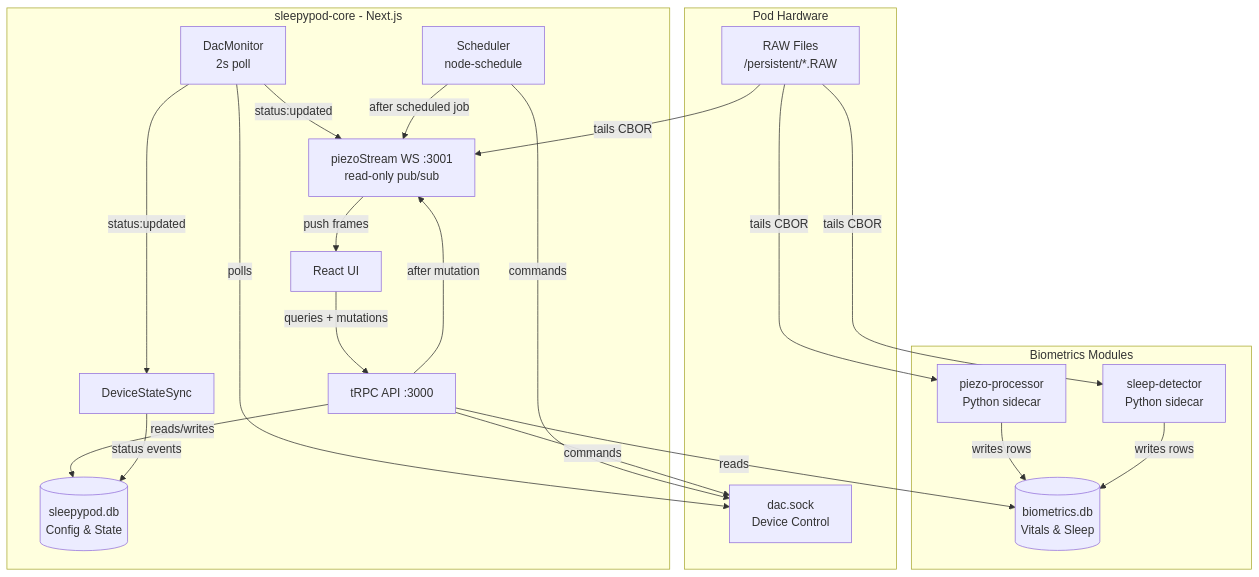
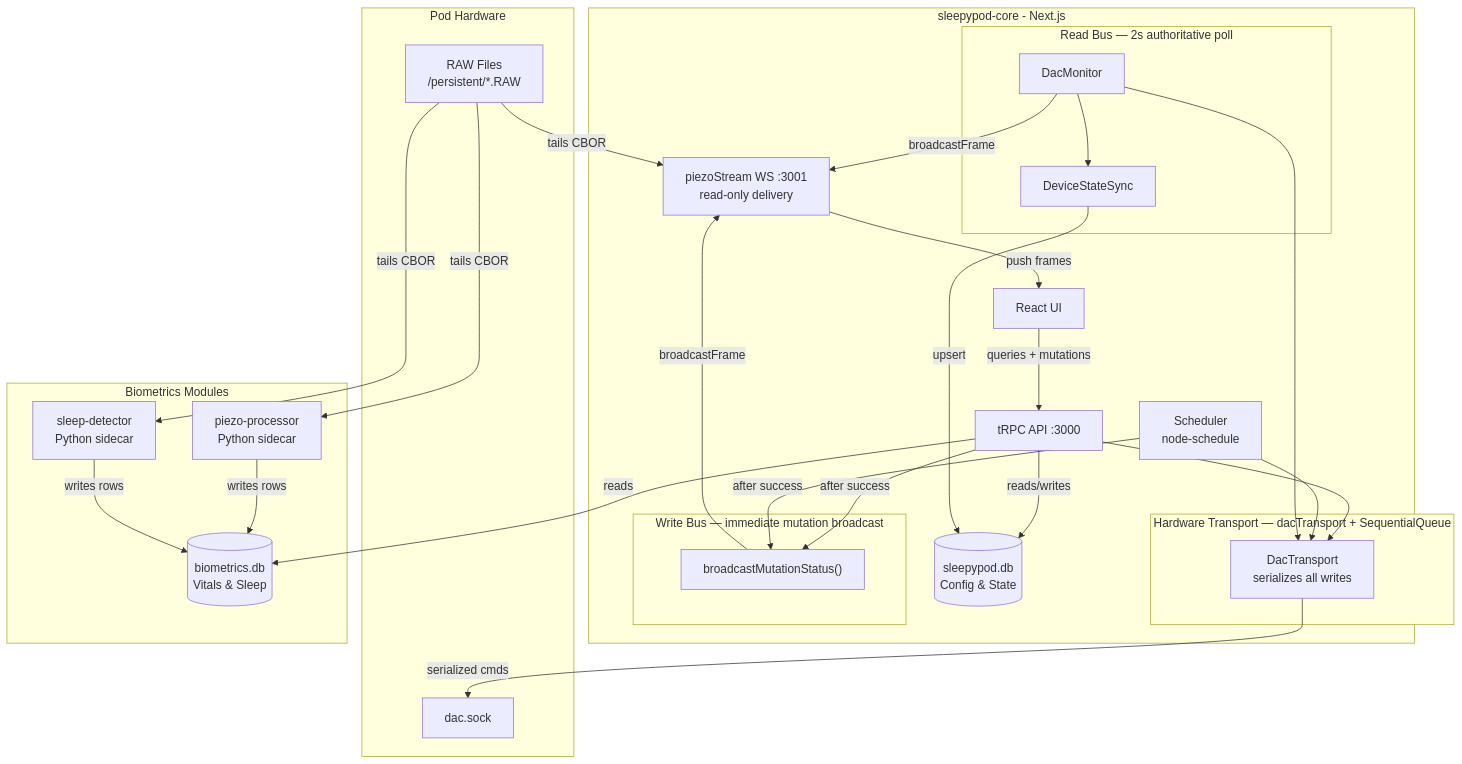
The first of 6 diagrams in README.md (sleepypod/core), drawn with Mermaid before and after one commit. The commit also changed other lines of this file and 10 other files, not shown here.

````diff
--- a/README.md
+++ b/README.md
@@ -20,41 +20,55 @@
 ```mermaid
 graph TD
     subgraph hw [Pod Hardware]
-        DAC["dac.sock<br/>Device Control"]
+        DAC["dac.sock"]
         RAW["RAW Files<br/>/persistent/*.RAW"]
     end
 
     subgraph core [sleepypod-core - Next.js]
         UI[React UI]
         API["tRPC API :3000"]
-        WS["piezoStream WS :3001<br/>read-only pub/sub"]
-        DM["DacMonitor<br/>2s poll"]
         SCHED["Scheduler<br/>node-schedule"]
-        SYNC[DeviceStateSync]
+
+        subgraph hwTransport ["Hardware Transport — dacTransport + SequentialQueue"]
+            DT["DacTransport<br/>serializes all writes"]
+        end
+
+        subgraph writeBus ["Write Bus — immediate mutation broadcast"]
+            BMS["broadcastMutationStatus()"]
+        end
+
+        subgraph readBus ["Read Bus — 2s authoritative poll"]
+            DM["DacMonitor"]
+            SYNC[DeviceStateSync]
+        end
+
+        WS["piezoStream WS :3001<br/>read-only delivery"]
         DB1[("sleepypod.db<br/>Config & State")]
     end
 
     subgraph mods [Biometrics Modules]
         PP["piezo-processor<br/>Python sidecar"]
         SD["sleep-detector<br/>Python sidecar"]
         DB2[("biometrics.db<br/>Vitals & Sleep")]
     end
 
     UI -->|queries + mutations| API
     API -->|reads/writes| DB1
     API -->|reads| DB2
-    API -->|after mutation| WS
-    DM -->|status:updated| WS
-    DM -->|status:updated| SYNC
-    DM -->|polls| DAC
+    API --> DT
+    SCHED --> DT
+    DM --> DT
+    DT -->|serialized cmds| DAC
+    API -->|after success| BMS
+    SCHED -->|after success| BMS
+    BMS -->|broadcastFrame| WS
+    DM -->|broadcastFrame| WS
+    DM --> SYNC
     WS -->|push frames| UI
-    SCHED -->|commands| DAC
-    SCHED -->|after scheduled job| WS
-    SYNC -->|status events| DB1
+    SYNC -->|upsert| DB1
     RAW -->|tails CBOR| PP
     RAW -->|tails CBOR| SD
     RAW -->|tails CBOR| WS
     PP -->|writes rows| DB2
     SD -->|writes rows| DB2
-    API -->|commands| DAC
 ```
````
